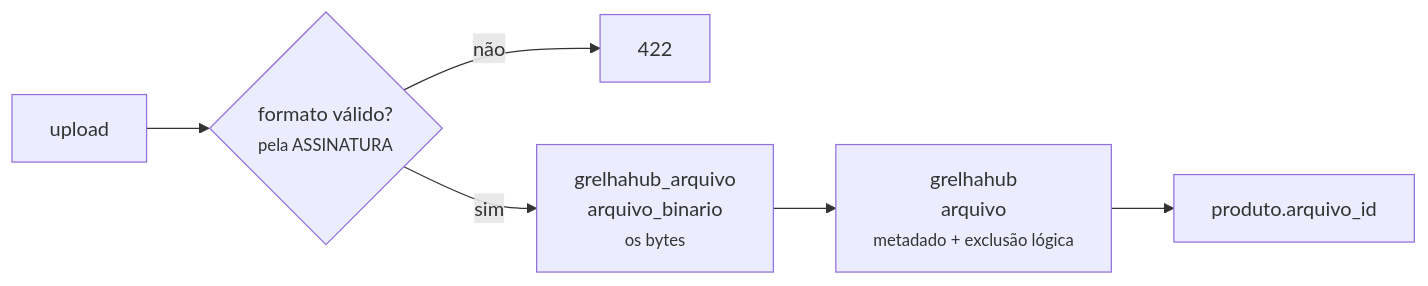
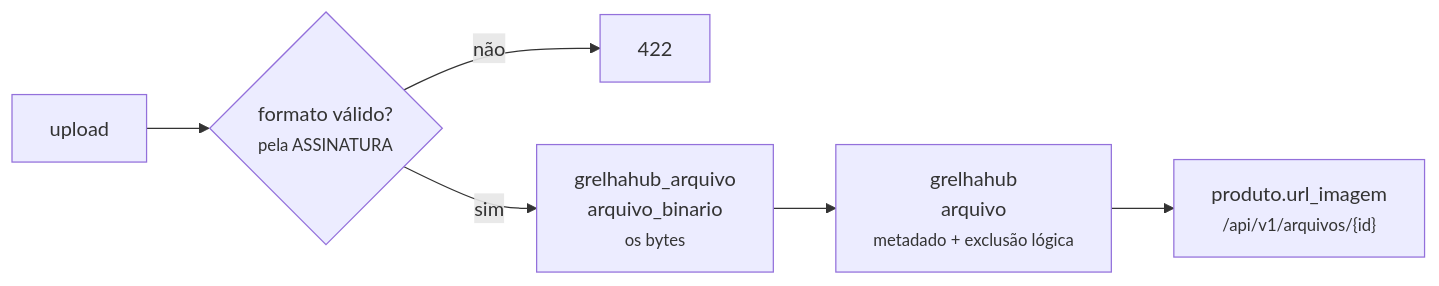
Before and after one commit to CamiloEduardo1904/GrelhaHub: the diagram in docs/adr/0018-imagem-como-binario-no-banco.md, drawn with Mermaid. The commit also changed other lines of this file and 68 other files, not shown here.

````diff
--- a/docs/adr/0018-imagem-como-binario-no-banco.md
+++ b/docs/adr/0018-imagem-como-binario-no-banco.md
@@ -38,8 +38,8 @@
 ```mermaid
 flowchart LR
     U["upload"] --> V{"formato válido?<br/><small>pela ASSINATURA</small>"}
     V -->|não| X["422"]
     V -->|sim| B["grelhahub_arquivo<br/>arquivo_binario<br/><small>os bytes</small>"]
     B --> M["grelhahub<br/>arquivo<br/><small>metadado + exclusão lógica</small>"]
-    M --> P["produto.arquivo_id"]
+    M --> P["produto.url_imagem<br/><small>/api/v1/arquivos/{id}</small>"]
 ```
````
